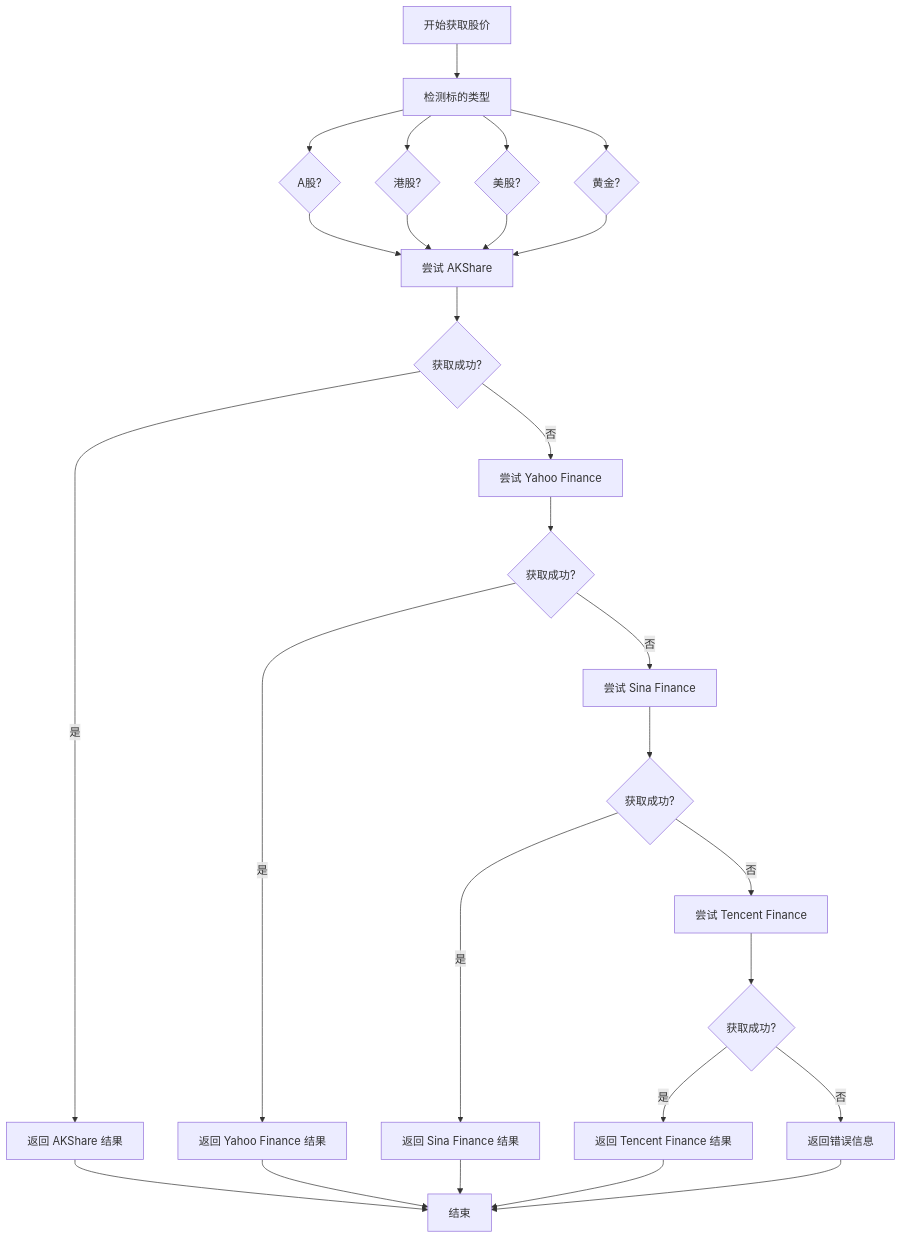
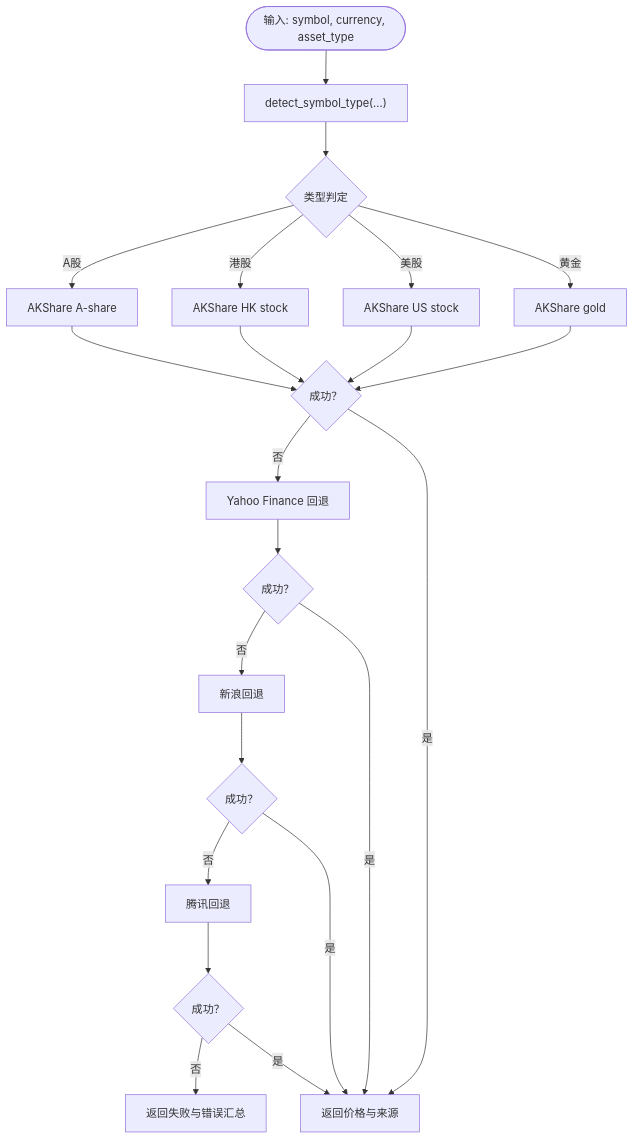
The fifth of 7 diagrams in .qoder/repowiki/zh/content/开发者指南/开发者指南.md (macrohuang/invest-log), drawn with Mermaid before and after one commit. The commit also changed other lines of this file and 121 other files, not shown here.

````diff
--- a/.qoder/repowiki/zh/content/开发者指南/开发者指南.md
+++ b/.qoder/repowiki/zh/content/开发者指南/开发者指南.md
@@ -264,29 +218,24 @@
 ```mermaid
 flowchart TD
-START[开始获取股价] --> DETECT[检测标的类型]
-DETECT --> TYPE_A{A股?}
-DETECT --> TYPE_HK{港股?}
-DETECT --> TYPE_US{美股?}
-DETECT --> TYPE_GOLD{黄金?}
-TYPE_A --> TRY_AK[尝试 AKShare]
-TYPE_HK --> TRY_AK
-TYPE_US --> TRY_AK
-TYPE_GOLD --> TRY_AK
-TRY_AK --> AK_SUCCESS{获取成功?}
-AK_SUCCESS --> |是| RETURN_AK[返回 AKShare 结果]
-AK_SUCCESS --> |否| TRY_YAHOO[尝试 Yahoo Finance]
-TRY_YAHOO --> YAHOO_SUCCESS{获取成功?}
-YAHOO_SUCCESS --> |是| RETURN_YAHOO[返回 Yahoo Finance 结果]
-YAHOO_SUCCESS --> |否| TRY_SINA[尝试 Sina Finance]
-TRY_SINA --> SINA_SUCCESS{获取成功?}
-SINA_SUCCESS --> |是| RETURN_SINA[返回 Sina Finance 结果]
-SINA_SUCCESS --> |否| TRY_TENCENT[尝试 Tencent Finance]
-TRY_TENCENT --> TENCENT_SUCCESS{获取成功?}
-TENCENT_SUCCESS --> |是| RETURN_TENCENT[返回 Tencent Finance 结果]
-TENCENT_SUCCESS --> |否| ERROR[返回错误信息]
-RETURN_AK --> END[结束]
-RETURN_YAHOO --> END
-RETURN_SINA --> END
-RETURN_TENCENT --> END
-ERROR --> END
+S(["输入: symbol, currency, asset_type"]) --> Detect["detect_symbol_type(...)"]
+Detect --> Type{"类型判定"}
+Type --> |A股| A1["AKShare A-share"]
+Type --> |港股| H1["AKShare HK stock"]
+Type --> |美股| U1["AKShare US stock"]
+Type --> |黄金| G1["AKShare gold"]
+A1 --> OK{"成功？"}
+H1 --> OK
+U1 --> OK
+G1 --> OK
+OK --> |否| YF["Yahoo Finance 回退"]
+OK --> |是| Ret["返回价格与来源"]
+YF --> YF_OK{"成功？"}
+YF_OK --> |否| SINA["新浪回退"]
+YF_OK --> |是| Ret
+SINA --> SINA_OK{"成功？"}
+SINA_OK --> |否| TEN["腾讯回退"]
+SINA_OK --> |是| Ret
+TEN --> TEN_OK{"成功？"}
+TEN_OK --> |否| Fail["返回失败与错误汇总"]
+TEN_OK --> |是| Ret
 ```
````
